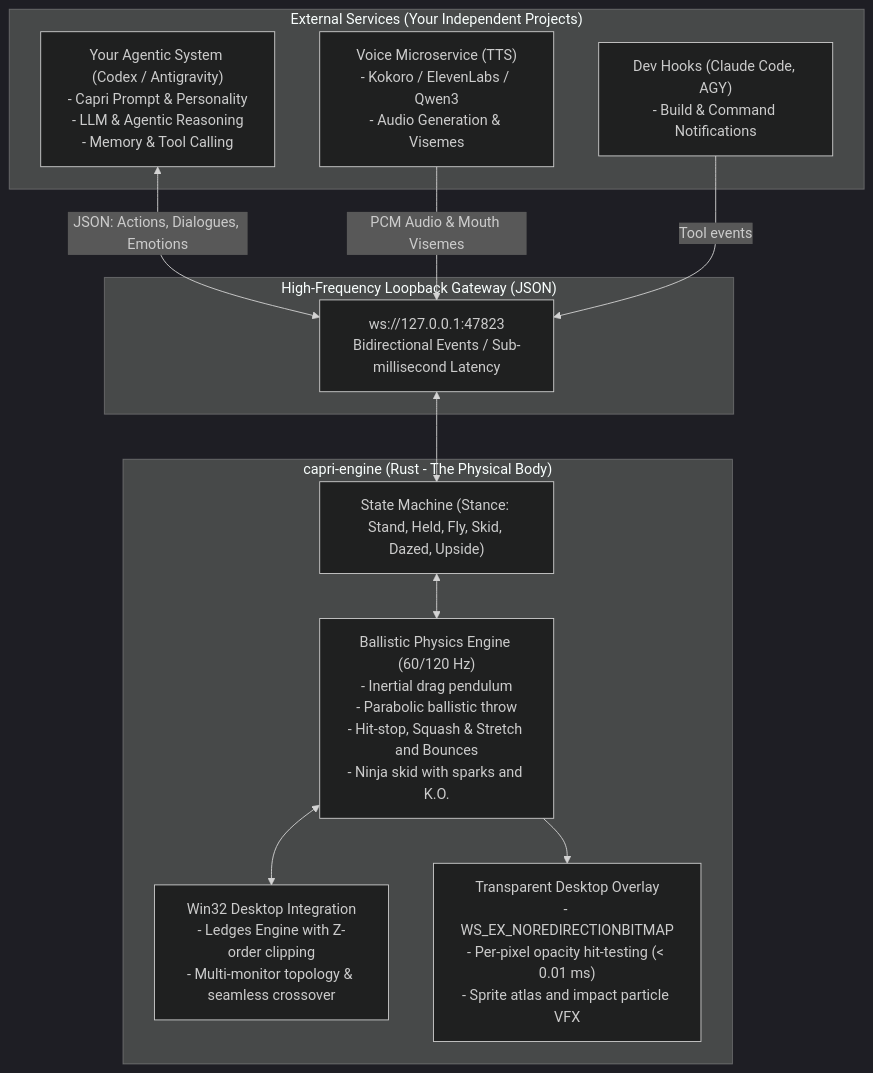
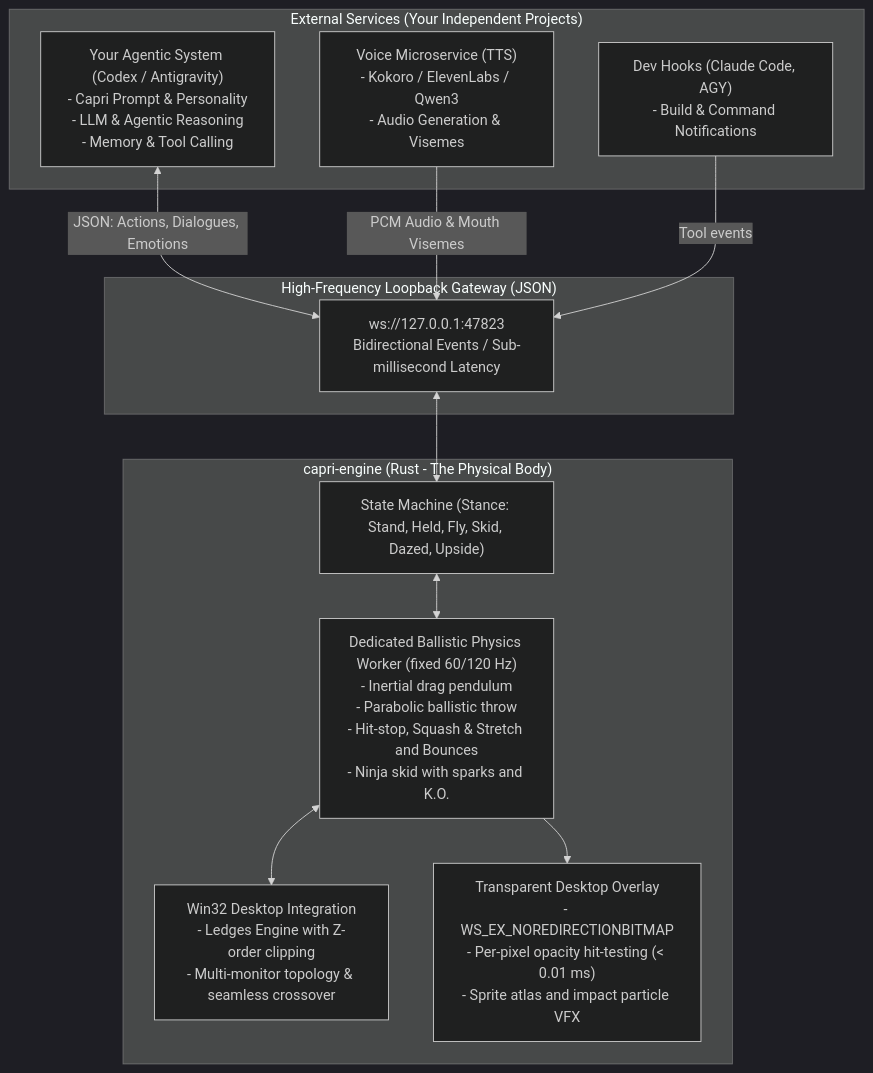
Before and after one commit to satoshiwolf/capri-engine: the diagram in README.md, drawn with Mermaid (dark theme). The commit also changed other lines of this file and 1 other file, not shown here.

Commit message:
docs: align architecture with fixed-step runtime

````diff
--- a/README.md
+++ b/README.md
@@ -23,27 +23,27 @@
 ```mermaid
 flowchart TB
     subgraph EXTERNAL_SERVICES["External Services (Your Independent Projects)"]
         AGENT["Your Agentic System (Codex / Antigravity)\n- Capri Prompt & Personality\n- LLM & Agentic Reasoning\n- Memory & Tool Calling"]
         TTS["Voice Microservice (TTS)\n- Kokoro / ElevenLabs / Qwen3\n- Audio Generation & Visemes"]
         HOOKS["Dev Hooks (Claude Code, AGY)\n- Build & Command Notifications"]
     end
 
     subgraph WEBSOCKET["High-Frequency Loopback Gateway (JSON)"]
         WS["ws://127.0.0.1:47823\nBidirectional Events / Sub-millisecond Latency"]
     end
 
     subgraph CAPRI_HOST["capri-engine (Rust - The Physical Body)"]
         FSM["State Machine (Stance: Stand, Held, Fly, Skid, Dazed, Upside)"]
-        PHYSICS["Ballistic Physics Engine (60/120 Hz)\n- Inertial drag pendulum\n- Parabolic ballistic throw\n- Hit-stop, Squash & Stretch and Bounces\n- Ninja skid with sparks and K.O."]
+        PHYSICS["Dedicated Ballistic Physics Worker (fixed 60/120 Hz)\n- Inertial drag pendulum\n- Parabolic ballistic throw\n- Hit-stop, Squash & Stretch and Bounces\n- Ninja skid with sparks and K.O."]
         DESKTOP["Win32 Desktop Integration\n- Ledges Engine with Z-order clipping\n- Multi-monitor topology & seamless crossover"]
         RENDER["Transparent Desktop Overlay\n- WS_EX_NOREDIRECTIONBITMAP\n- Per-pixel opacity hit-testing (< 0.01 ms)\n- Sprite atlas and impact particle VFX"]
     end
 
     AGENT <-->|"JSON: Actions, Dialogues, Emotions"| WS
     TTS -->|"PCM Audio & Mouth Visemes"| WS
     HOOKS -->|"Tool events"| WS
     WS <--> FSM
     FSM <--> PHYSICS
     PHYSICS <--> DESKTOP
     PHYSICS --> RENDER
 ```
````
